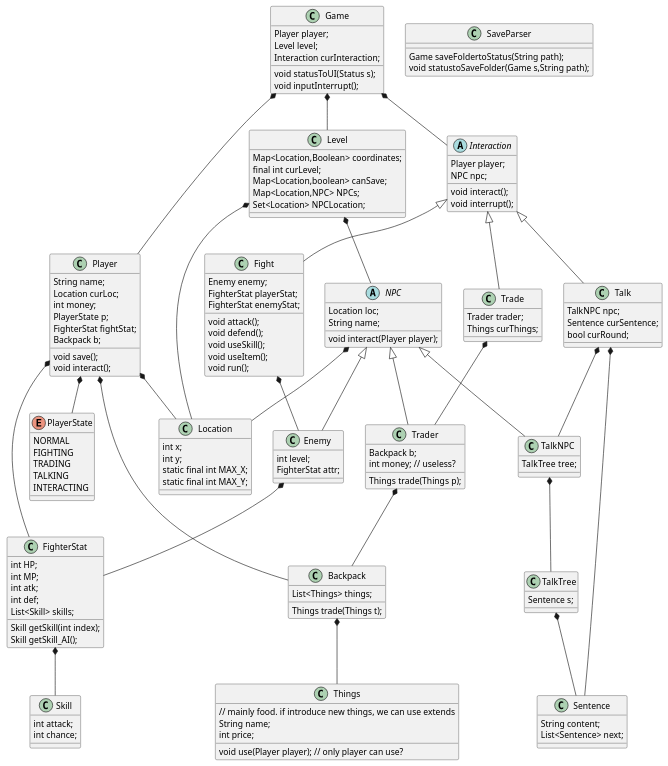
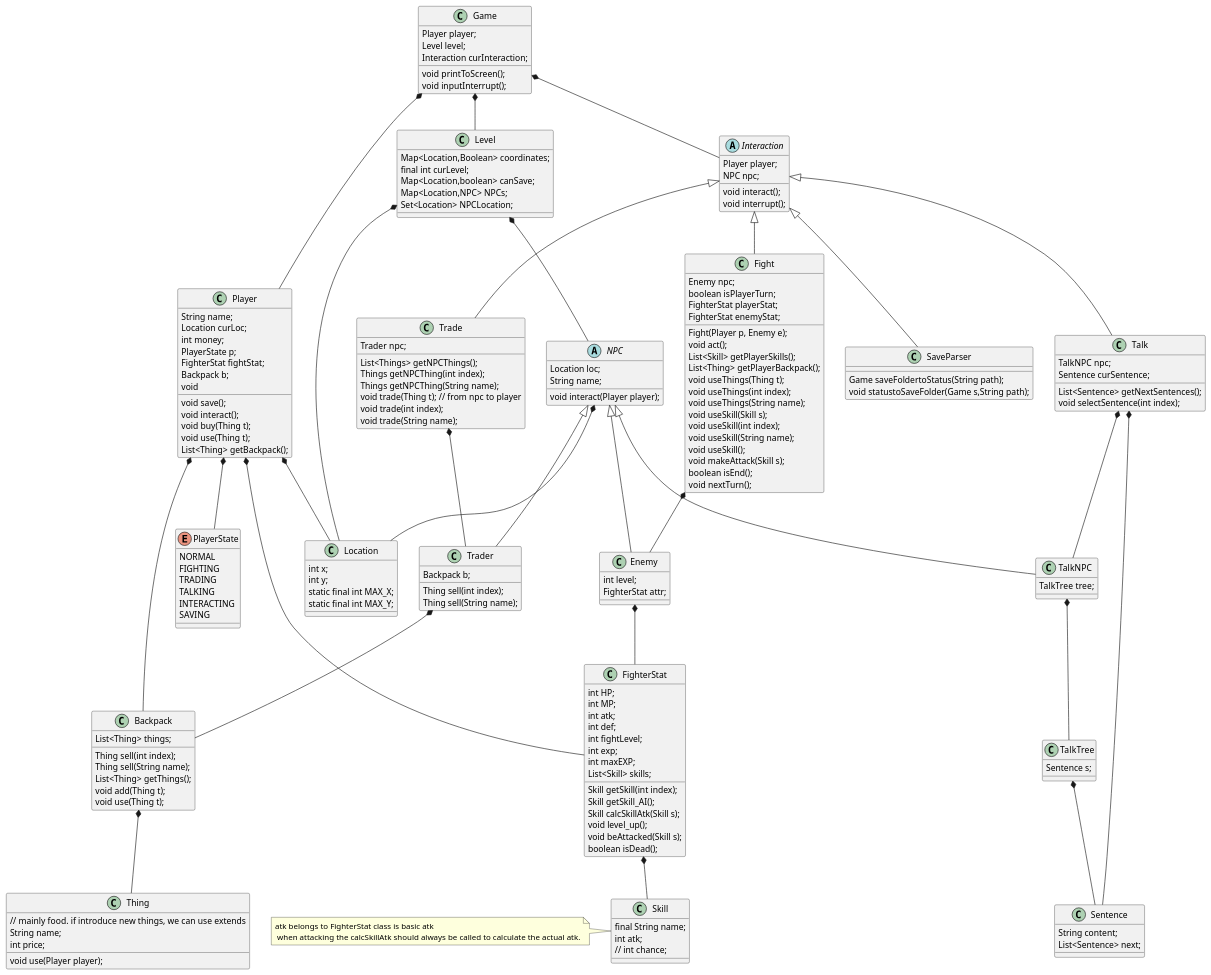
Before and after one commit to Lutra-Fs/TRPGeneration: the diagram in docs/class-diagram.puml, drawn with PlantUML.

Commit message:
Finish without Level and TUI releated methods

```diff
--- a/docs/class-diagram.puml
+++ b/docs/class-diagram.puml
@@ -17,7 +17,7 @@
     Player player;
     Level level;
     Interaction curInteraction;
-    void statusToUI(Status s);
+    void printToScreen();
     void inputInterrupt();
 }
 
@@ -34,6 +34,10 @@
     Backpack b;
     void save();
     void interact();
+    void buy(Thing t);
+    void use(Thing t);
+    List<Thing> getBackpack();
+    void
 }
 
 Player *-- Location
@@ -53,21 +57,33 @@
     TRADING
     TALKING
     INTERACTING
+    SAVING
 }
 class FighterStat {
     int HP;
     int MP;
     int atk;
     int def;
+    int fightLevel;
+    int exp;
+    int maxEXP;
     List<Skill> skills;
     Skill getSkill(int index);
     Skill getSkill_AI();
+    Skill calcSkillAtk(Skill s);
+    void level_up();
+    void beAttacked(Skill s);
+    boolean isDead();
 }
 FighterStat *-- Skill
 class Skill {
-    int attack;
-    int chance;
+    final String name;
+    int atk;
+    // int chance;
 }
+class Skill
+note left: atk belongs to FighterStat class is basic atk\n when attacking the calcSkillAtk should always be called to calculate the actual atk.
+
 class Level{
     Map<Location,Boolean> coordinates;
     final int curLevel;
@@ -99,27 +115,32 @@
     Game saveFoldertoStatus(String path);
     void statustoSaveFolder(Game s,String path);
 }
+Interaction <|-- SaveParser
 
 class Trader{
     Backpack b;
-    int money; // useless?
-    Things trade(Things p);
+    Thing sell(int index);
+    Thing sell(String name);
 }
 
 Trader *-- Backpack
 Player *-- Backpack
 
 class Backpack{
-    List<Things> things;
-    Things trade(Things t);
+    List<Thing> things;
+    Thing sell(int index);
+    Thing sell(String name);
+    List<Thing> getThings();
+    void add(Thing t);
+    void use(Thing t);
 }
-Backpack *-- Things
+Backpack *-- Thing
 
-class Things{
+class Thing{
     // mainly food. if introduce new things, we can use extends
     String name;
     int price;
-    void use(Player player); // only player can use?
+    void use(Player player);
 }
 
 class TalkNPC{
@@ -140,7 +161,8 @@
 class Talk{
     TalkNPC npc;
     Sentence curSentence;
-    bool curRound;
+    List<Sentence> getNextSentences();
+    void selectSentence(int index);
 }
 Talk *-- TalkNPC
 Talk *-- Sentence
@@ -154,20 +176,35 @@
 }
 
 class Trade{
-    Trader trader;
-    Things curThings;
+    Trader npc;
+    List<Things> getNPCThings();
+    Things getNPCThing(int index);
+    Things getNPCThing(String name);
+    void trade(Thing t); // from npc to player
+    void trade(int index);
+    void trade(String name);
 }
 Trade *-- Trader
 
 class Fight{
-    Enemy enemy;
+    Enemy npc;
+    boolean isPlayerTurn;
     FighterStat playerStat;
     FighterStat enemyStat;
-    void attack();
-    void defend();
+    Fight(Player p, Enemy e);
+    void act();
+    List<Skill> getPlayerSkills();
+    List<Thing> getPlayerBackpack();
+    void useThings(Thing t);
+    void useThings(int index);
+    void useThings(String name);
+    void useSkill(Skill s);
+    void useSkill(int index);
+    void useSkill(String name);
     void useSkill();
-    void useItem();
-    void run();
+    void makeAttack(Skill s);
+    boolean isEnd();
+    void nextTurn();
 }
 Fight *-- Enemy
 @enduml
```
